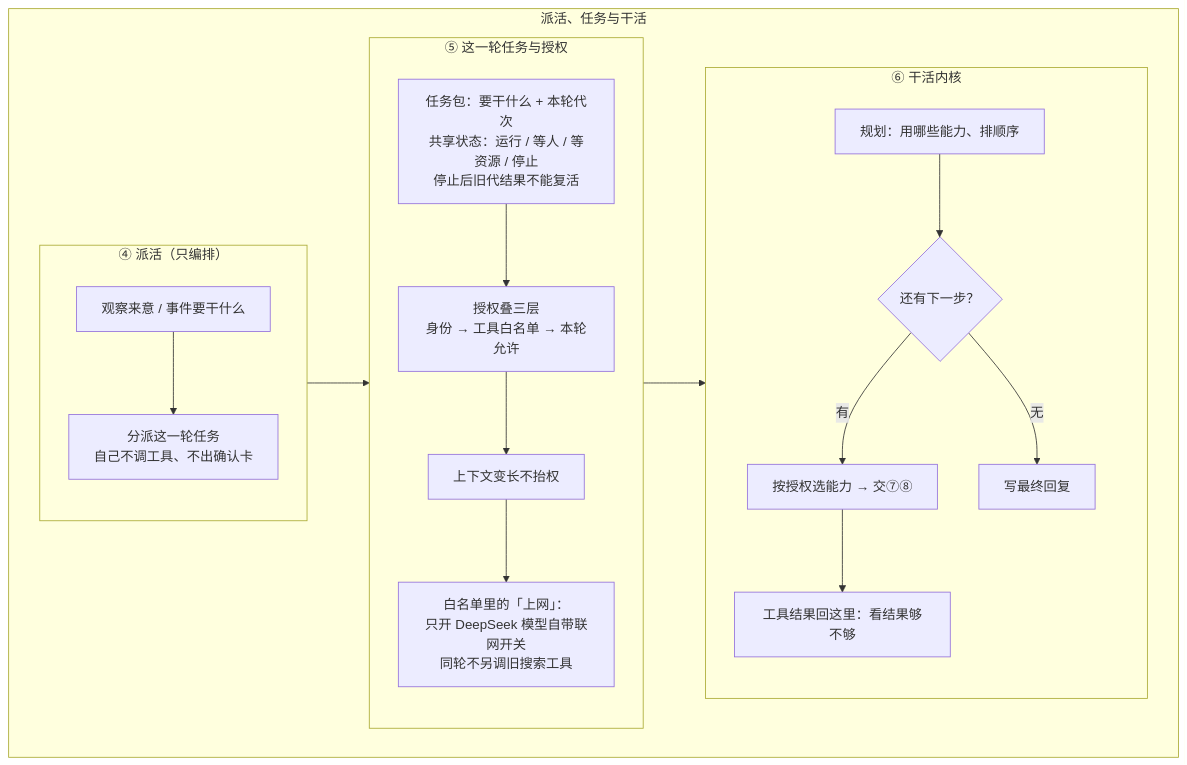
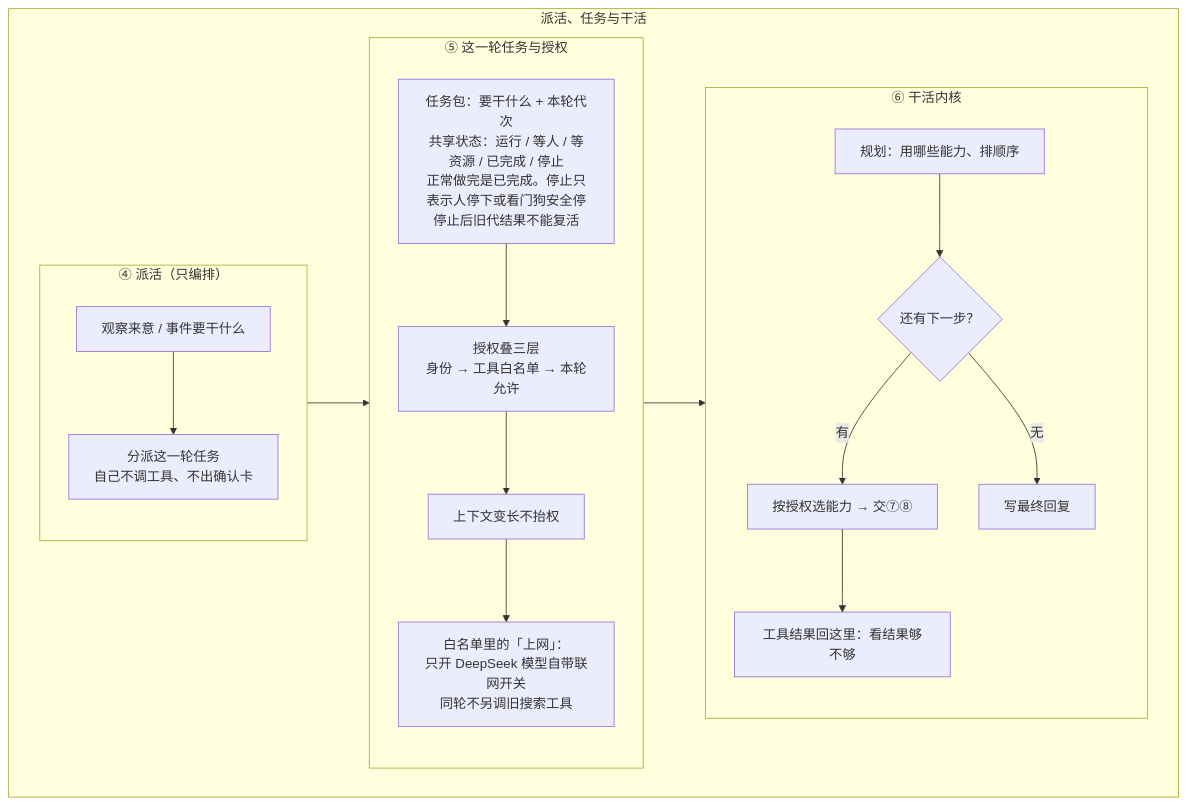
The diagram in docs/envisioned-product/mermaid-rows/02-dispatch.mmd (y4483784-png/omni-butler), drawn with Mermaid before and after one commit. The commit also changed 9 other files, not shown here.

```diff
--- a/docs/envisioned-product/mermaid-rows/02-dispatch.mmd
+++ b/docs/envisioned-product/mermaid-rows/02-dispatch.mmd
@@ -1,66 +1,66 @@
 %%{init: {
   "theme": "base",
   "themeVariables": {
     "fontFamily": ""Noto Sans CJK SC", "Noto Sans SC", Inter, system-ui, sans-serif",
     "fontSize": "15px",
     "primaryColor": "#E8F1FF",
     "primaryTextColor": "#0F172A",
     "primaryBorderColor": "#3B82F6",
     "secondaryColor": "#FEF3C7",
     "secondaryTextColor": "#0F172A",
     "secondaryBorderColor": "#D97706",
     "tertiaryColor": "#ECFDF5",
     "tertiaryTextColor": "#0F172A",
     "tertiaryBorderColor": "#059669",
     "lineColor": "#64748B",
     "textColor": "#0F172A",
     "mainBkg": "#F8FAFC",
     "nodeBorder": "#94A3B8",
     "clusterBkg": "#FFFBEB",
     "clusterBorder": "#F59E0B",
     "titleColor": "#0F172A",
     "edgeLabelBackground": "#FFFFFF"
   },
   "flowchart": {
     "curve": "basis",
     "padding": 18,
     "nodeSpacing": 28,
     "rankSpacing": 36,
     "htmlLabels": true
   }
 }}%%
 flowchart LR
   subgraph R2["派活、任务与干活"]
     direction LR
 
     subgraph DISPATCH["④ 派活（只编排）"]
       direction TB
       observe["观察来意 / 事件要干什么"]
       assign["分派这一轮任务<br/>自己不调工具、不出确认卡"]
       observe --> assign
     end
 
     subgraph AUTH["⑤ 这一轮任务与授权"]
       direction TB
-      task["任务包：要干什么 + 本轮代次<br/>共享状态：运行 / 等人 / 等资源 / 停止<br/>停止后旧代结果不能复活"]
+      task["任务包：要干什么 + 本轮代次<br/>共享状态：运行 / 等人 / 等资源 / 已完成 / 停止<br/>正常做完是已完成。停止只表示人停下或看门狗安全停<br/>停止后旧代结果不能复活"]
       stack["授权叠三层<br/>身份 → 工具白名单 → 本轮允许"]
       note["上下文变长不抬权"]
       webflag["白名单里的「上网」：<br/>只开 DeepSeek 模型自带联网开关<br/>同轮不另调旧搜索工具"]
       task --> stack --> note --> webflag
     end
 
     subgraph WORK["⑥ 干活内核"]
       direction TB
       plan["规划：用哪些能力、排顺序"]
       has{还有下一步？}
       pick["按授权选能力 → 交⑦⑧"]
       reflect["工具结果回这里：看结果够不够"]
       answer["写最终回复"]
       plan --> has
       has -->|有| pick
       has -->|无| answer
       pick --> reflect
     end
 
     DISPATCH --> AUTH --> WORK
   end
```
